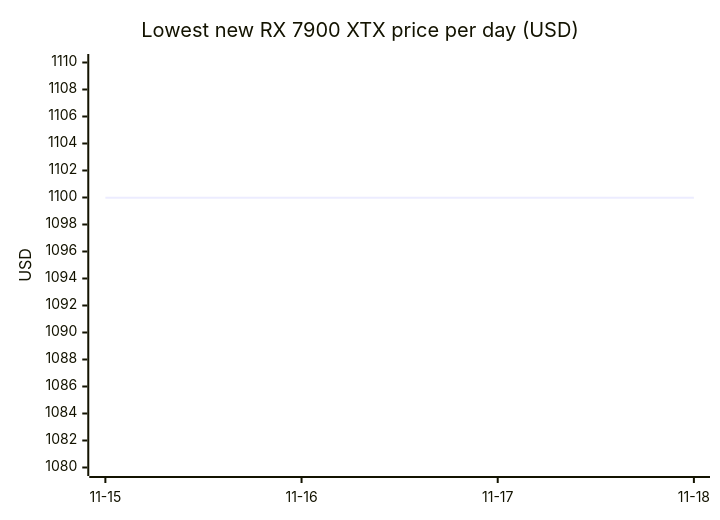
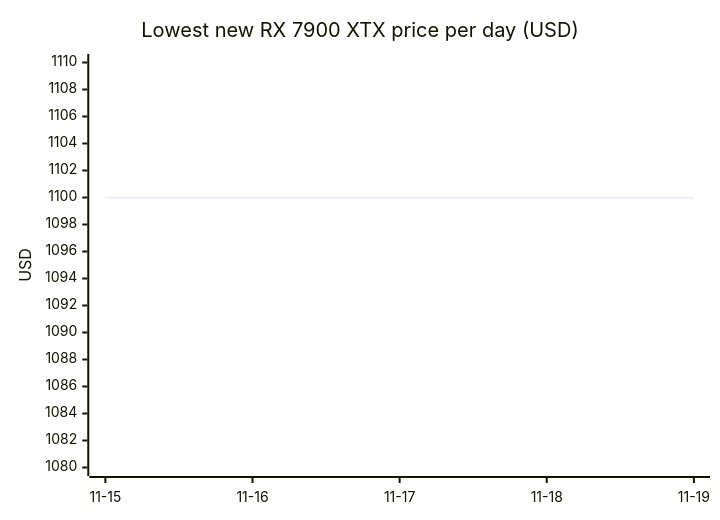
Before and after one commit to 7324136828/4tb_ssd_price_watch: diagram 13 of 18 in README.md, drawn with Mermaid. The commit also changed other lines of this file, not shown here.

````diff
--- a/README.md
+++ b/README.md
@@ -884,7 +964,7 @@
 ```mermaid
 xychart-beta
     title "Lowest new RX 7900 XTX price per day (USD)"
-    x-axis ["11-15", "11-16", "11-17", "11-18"]
+    x-axis ["11-15", "11-16", "11-17", "11-18", "11-19"]
     y-axis "USD" 1080 --> 1110
-    line [1099.99, 1099.99, 1099.99, 1099.99]
+    line [1099.99, 1099.99, 1099.99, 1099.99, 1099.99]
 ```
````
